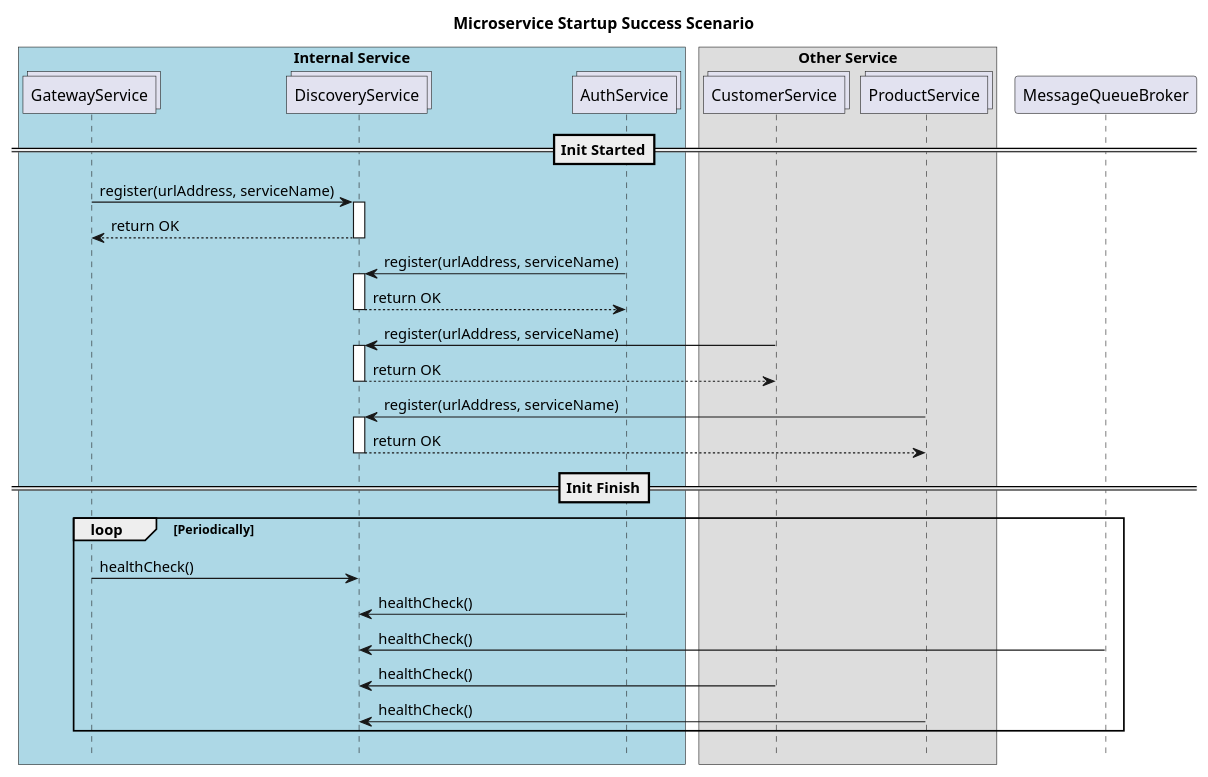
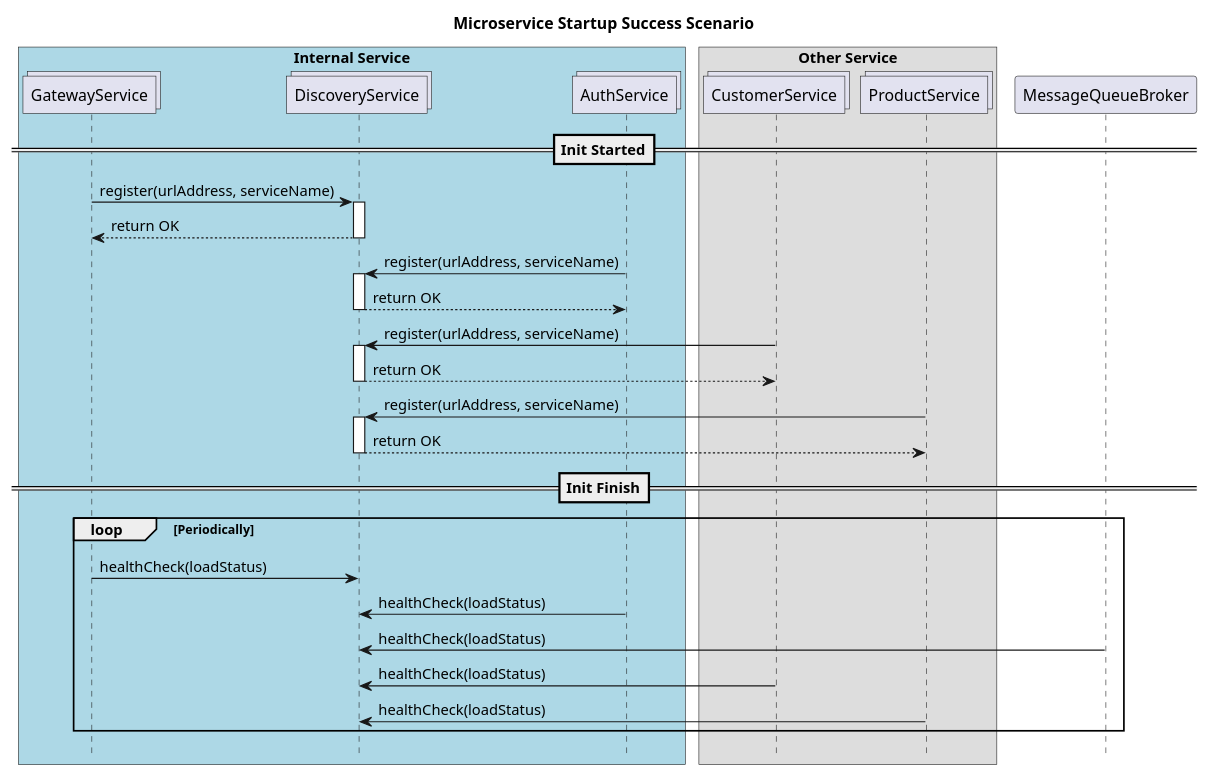
Before and after one commit to naimyurek/microblockthesis: the diagram in 02 Service Registration.wsd, drawn with PlantUML. The commit also changed 3 other files, not shown here.

```diff
--- a/02 Service Registration.wsd
+++ b/02 Service Registration.wsd
@@ -1,38 +1,38 @@
 @startuml StartupScenario
 !pragma teoz true
 
 title "Microservice Startup Success Scenario"
 hide footbox
 box "Internal Service" #LightBlue
 collections GatewayService
 collections DiscoveryService
 collections AuthService
 end box
 
 box "Other Service"
 collections CustomerService
 collections ProductService
 end box
 
 
 ==Init Started==
 GatewayService -> DiscoveryService ++ : register(urlAddress, serviceName)
 return return OK 
  AuthService -> DiscoveryService ++ : register(urlAddress, serviceName)
 return return OK
  CustomerService -> DiscoveryService ++ : register(urlAddress, serviceName)
 return return OK 
  ProductService -> DiscoveryService ++ : register(urlAddress, serviceName)
 DiscoveryService --> ProductService -- : return OK 
 ==Init Finish==
 
 loop Periodically
-GatewayService -> DiscoveryService : healthCheck()
-AuthService -> DiscoveryService : healthCheck()
-MessageQueueBroker -> DiscoveryService : healthCheck()
-CustomerService -> DiscoveryService : healthCheck()
-ProductService -> DiscoveryService : healthCheck()
+GatewayService -> DiscoveryService : healthCheck(loadStatus)
+AuthService -> DiscoveryService : healthCheck(loadStatus)
+MessageQueueBroker -> DiscoveryService : healthCheck(loadStatus)
+CustomerService -> DiscoveryService : healthCheck(loadStatus)
+ProductService -> DiscoveryService : healthCheck(loadStatus)
 end
 
 
 @enduml
```
